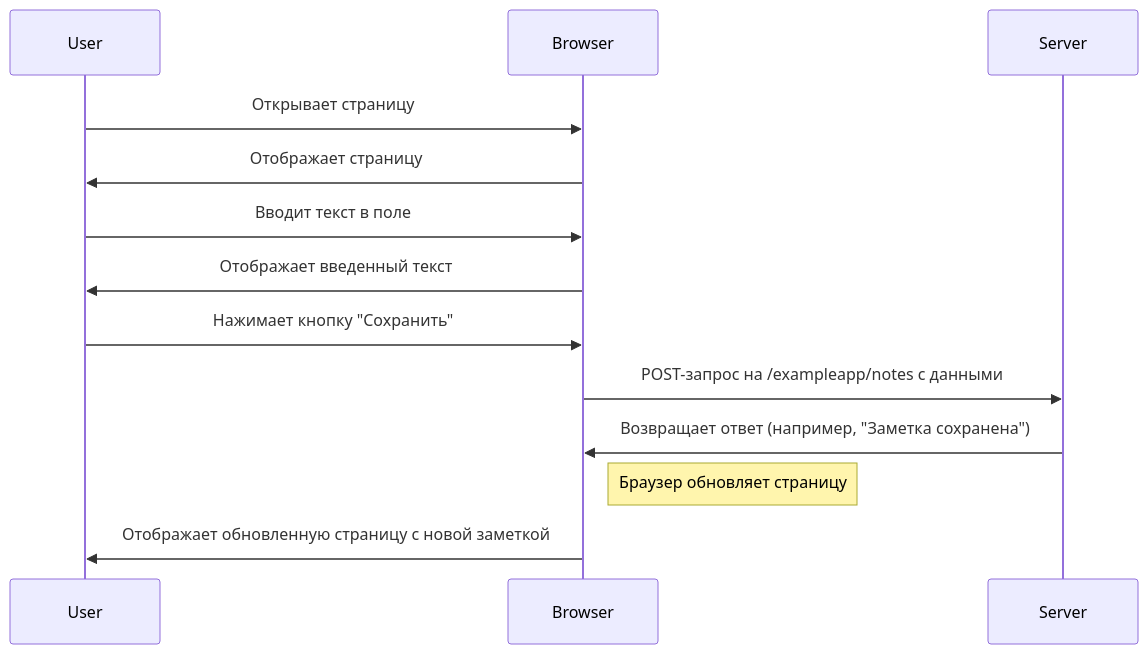
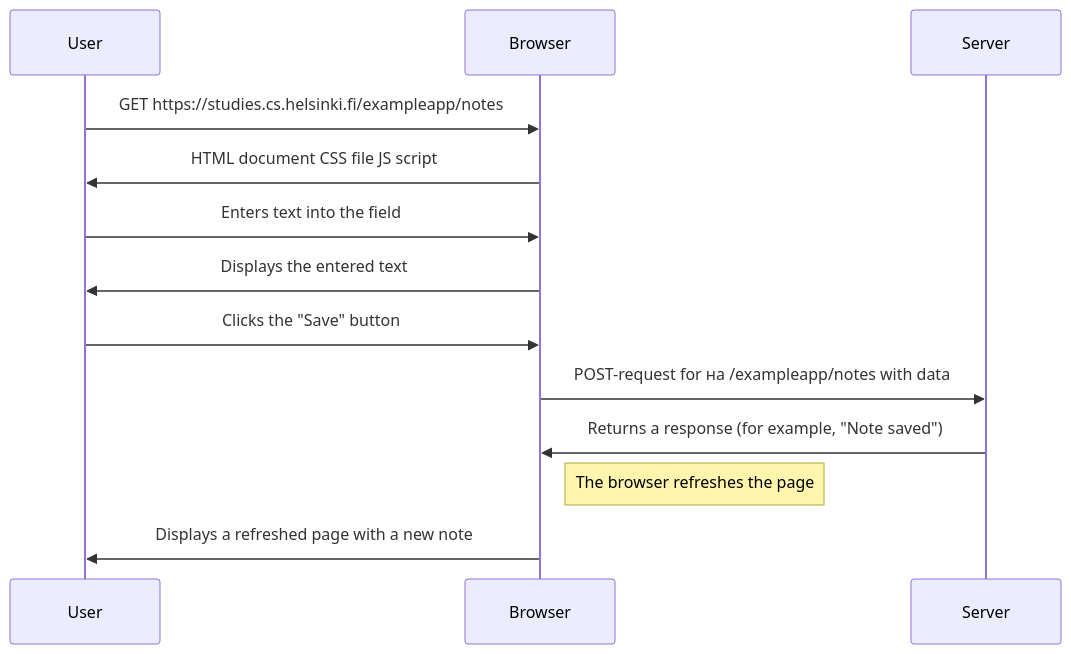
The diagram in README.md (iFrodo/fullstackopen), drawn with Mermaid before and after one commit.

````diff
--- a/README.md
+++ b/README.md
@@ -1,21 +1,21 @@
 ``` mermaid
 sequenceDiagram
     participant User
     participant Browser
     participant Server
 
-    User->>Browser: Открывает страницу
-    Browser->>User: Отображает страницу
+    User->>Browser: GET https://studies.cs.helsinki.fi/exampleapp/notes
+    Browser->>User: HTML document CSS file JS script 
 
-    User->>Browser: Вводит текст в поле
-    Browser->>User: Отображает введенный текст
+    User->>Browser: Enters text into the field
+    Browser->>User: Displays the entered text
 
-    User->>Browser: Нажимает кнопку "Сохранить"
-    Browser->>Server: POST-запрос на /exampleapp/notes с данными
-    Server->>Browser: Возвращает ответ (например, "Заметка сохранена")
+    User->>Browser: Clicks the "Save" button
+    Browser->>Server: POST-request for на /exampleapp/notes with data
+    Server->>Browser: Returns a response (for example, "Note saved")
 
-    Note right of Browser: Браузер обновляет страницу
-    Browser->>User: Отображает обновленную страницу с новой заметкой
+    Note right of Browser: The browser refreshes the page
+    Browser->>User: Displays a refreshed page with a new note
 
 
 ```
````
